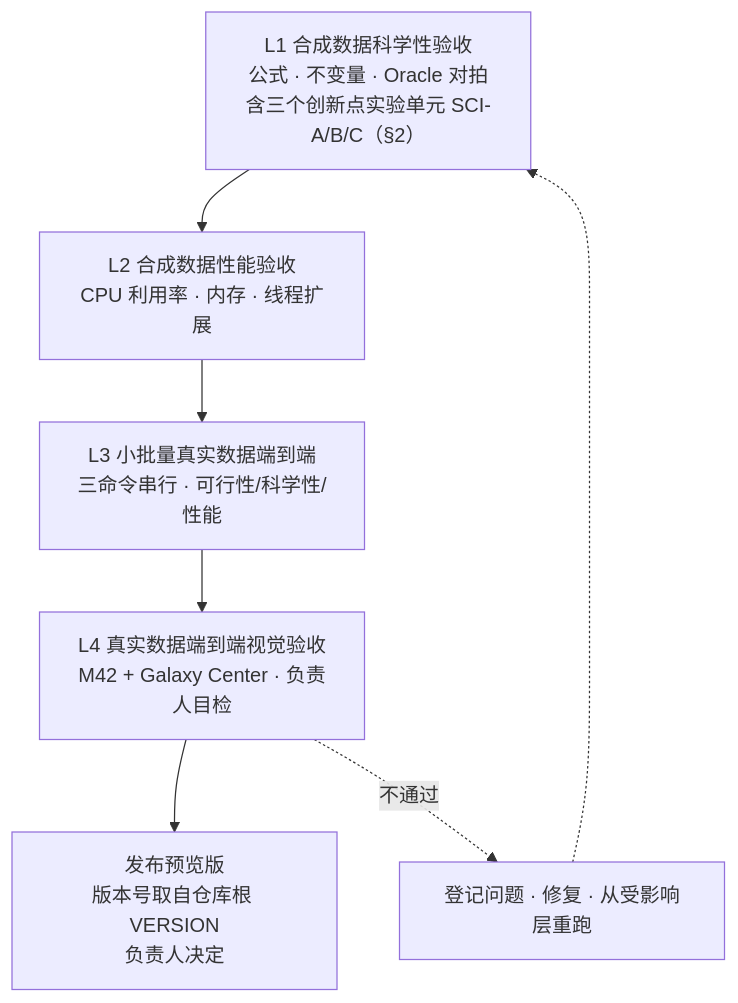
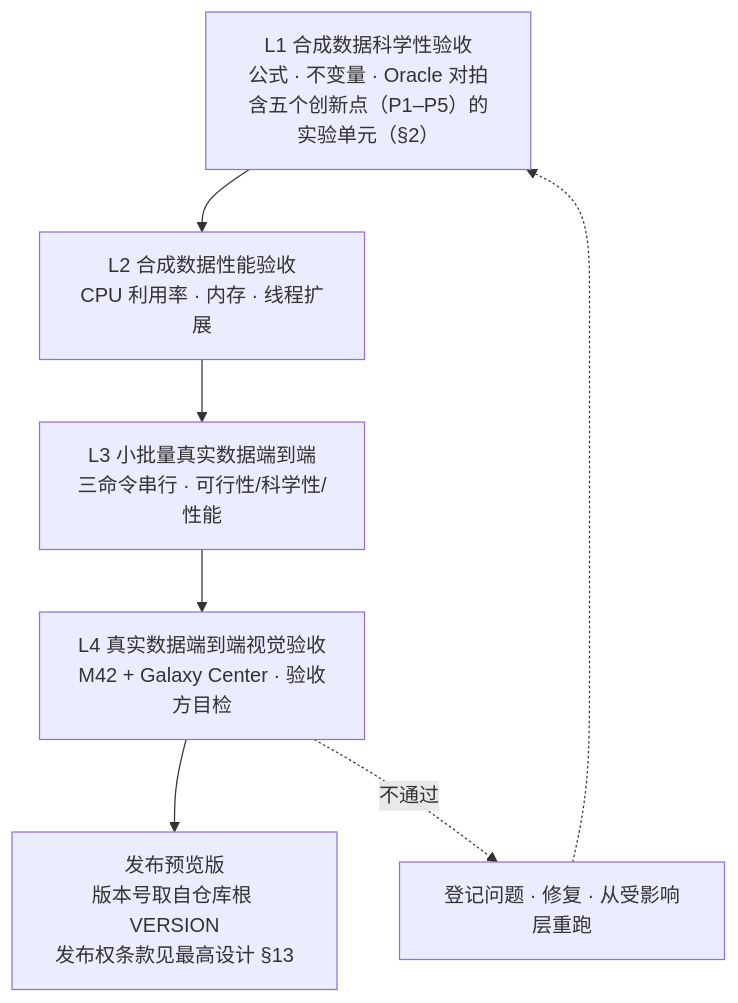
The first of 3 diagrams in ACCEPTANCE_SPEC.md (fujiaze/Astro-CS-Database), drawn with Mermaid before and after one commit. The commit also changed other lines of this file and 14 other files, not shown here.

````diff
--- a/ACCEPTANCE_SPEC.md
+++ b/ACCEPTANCE_SPEC.md
@@ -7,10 +9,10 @@
 ```mermaid
 flowchart TB
-    L1["L1 合成数据科学性验收<br/>公式 · 不变量 · Oracle 对拍<br/>含三个创新点实验单元 SCI-A/B/C（§2）"]
+    L1["L1 合成数据科学性验收<br/>公式 · 不变量 · Oracle 对拍<br/>含五个创新点（P1–P5）的实验单元（§2）"]
     L2["L2 合成数据性能验收<br/>CPU 利用率 · 内存 · 线程扩展"]
     L3["L3 小批量真实数据端到端<br/>三命令串行 · 可行性/科学性/性能"]
-    L4["L4 真实数据端到端视觉验收<br/>M42 + Galaxy Center · 负责人目检"]
-    REL["发布预览版<br/>版本号取自仓库根 VERSION<br/>负责人决定"]
+    L4["L4 真实数据端到端视觉验收<br/>M42 + Galaxy Center · 验收方目检"]
+    REL["发布预览版<br/>版本号取自仓库根 VERSION<br/>发布权条款见最高设计 §13"]
     L1 --> L2 --> L3 --> L4 --> REL
     L4 -.不通过.-> FIX["登记问题 · 修复 · 从受影响层重跑"] -.-> L1
 ```
````
